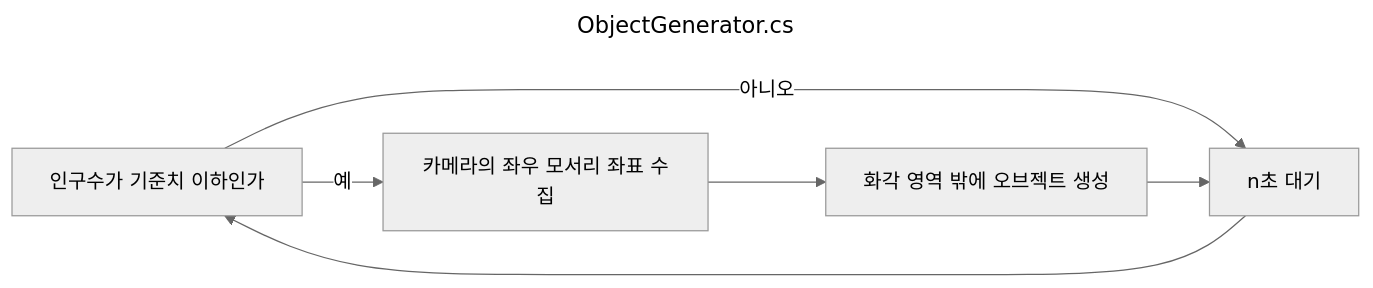
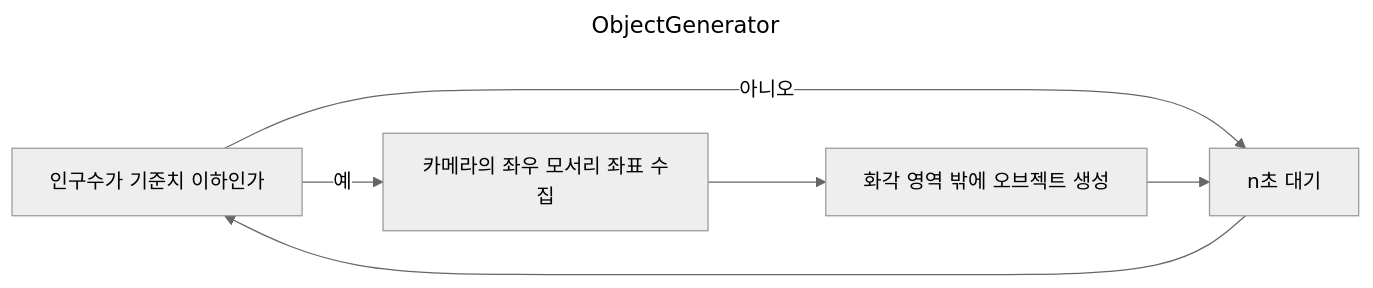
Before and after one commit to hyngng/hynrng.github.io: the third of 5 diagrams in _posts/프로그래밍/마일스톤/2024-04-11-armonia-developing.md, drawn with Mermaid (neutral theme). The commit also changed other lines of this file and 3 other files, not shown here.

````diff
--- a/_posts/프로그래밍/마일스톤/2024-04-11-armonia-developing.md
+++ b/_posts/프로그래밍/마일스톤/2024-04-11-armonia-developing.md
@@ -139,16 +156,16 @@
 ```mermaid
 ---
-title: ObjectGenerator.cs
+title: ObjectGenerator
 ---
 flowchart LR
     A[인구수가 기준치 이하인가]
     B[카메라의 좌우 모서리 좌표 수집]
     C[화각 영역 밖에 오브젝트 생성]
     D[n초 대기]
 
     A -->|예| B
     A -->|아니오| D
     B --> C
     C --> D
     D --> A
 ```
````
